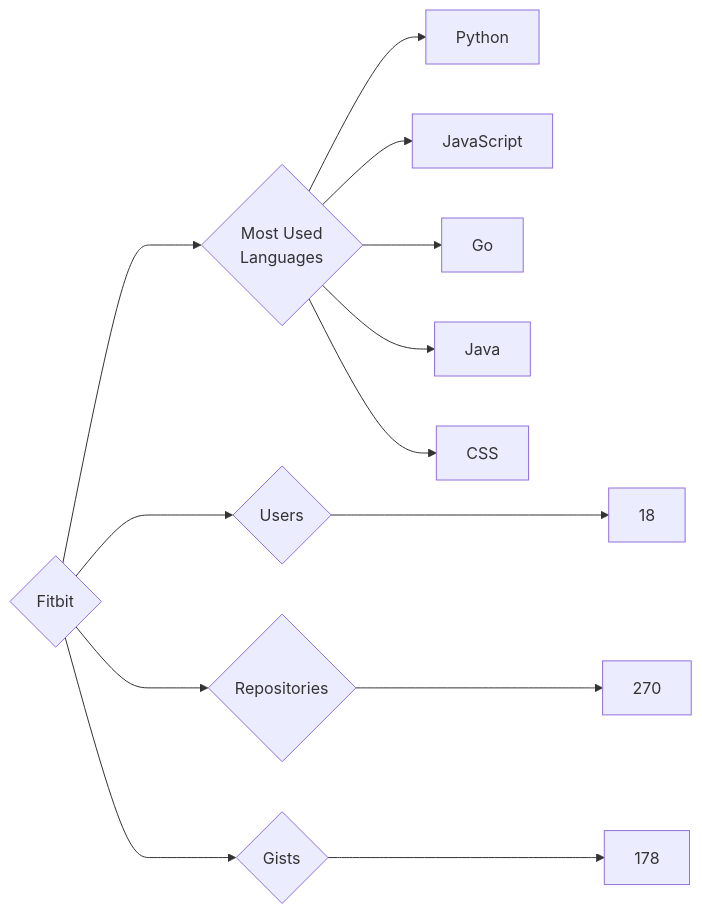
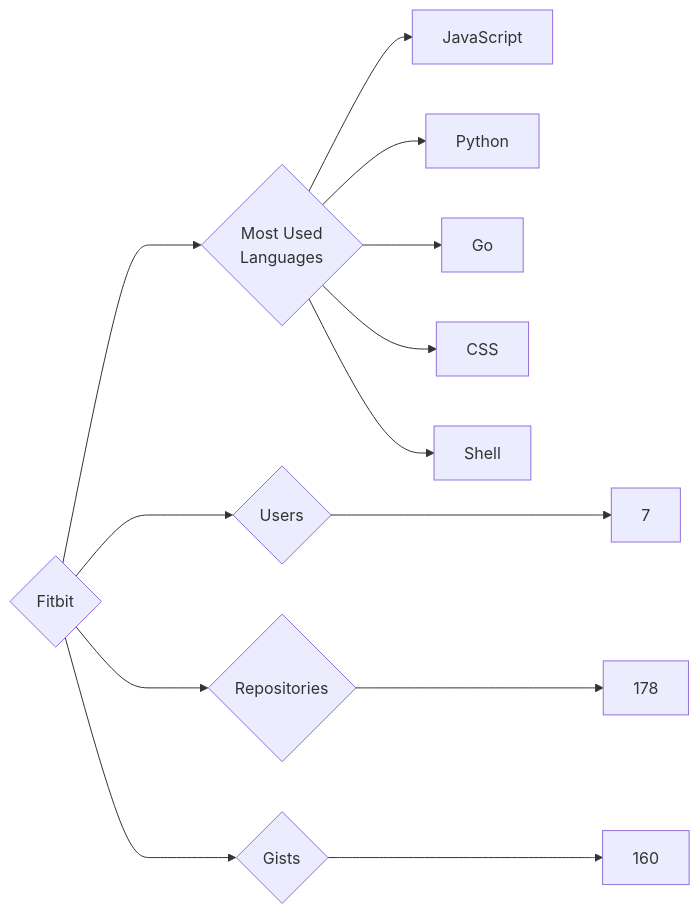
The diagram in targets/Fitbit/README.md (trickest/insiders), drawn with Mermaid before and after one commit. The commit also changed 748 other files, not shown here.

````diff
--- a/targets/Fitbit/README.md
+++ b/targets/Fitbit/README.md
@@ -3,13 +3,13 @@
 ```mermaid
 graph LR
 COMPANY_NAME{Fitbit}
-COMPANY_NAME ---> U{Users} ---> UN[18]
-COMPANY_NAME ---> R{Repositories} ---> RN[270]
-COMPANY_NAME ---> G{Gists} ---> GN[178]
+COMPANY_NAME ---> U{Users} ---> UN[7]
+COMPANY_NAME ---> R{Repositories} ---> RN[178]
+COMPANY_NAME ---> G{Gists} ---> GN[160]
 COMPANY_NAME ---> ML{Most Used<br>Languages}
+ML --> JavaScript[JavaScript]
 ML --> Python[Python]
-ML --> JavaScript[JavaScript]
 ML --> Go[Go]
-ML --> Java[Java]
 ML --> CSS[CSS]
+ML --> Shell[Shell]
 ```
````
